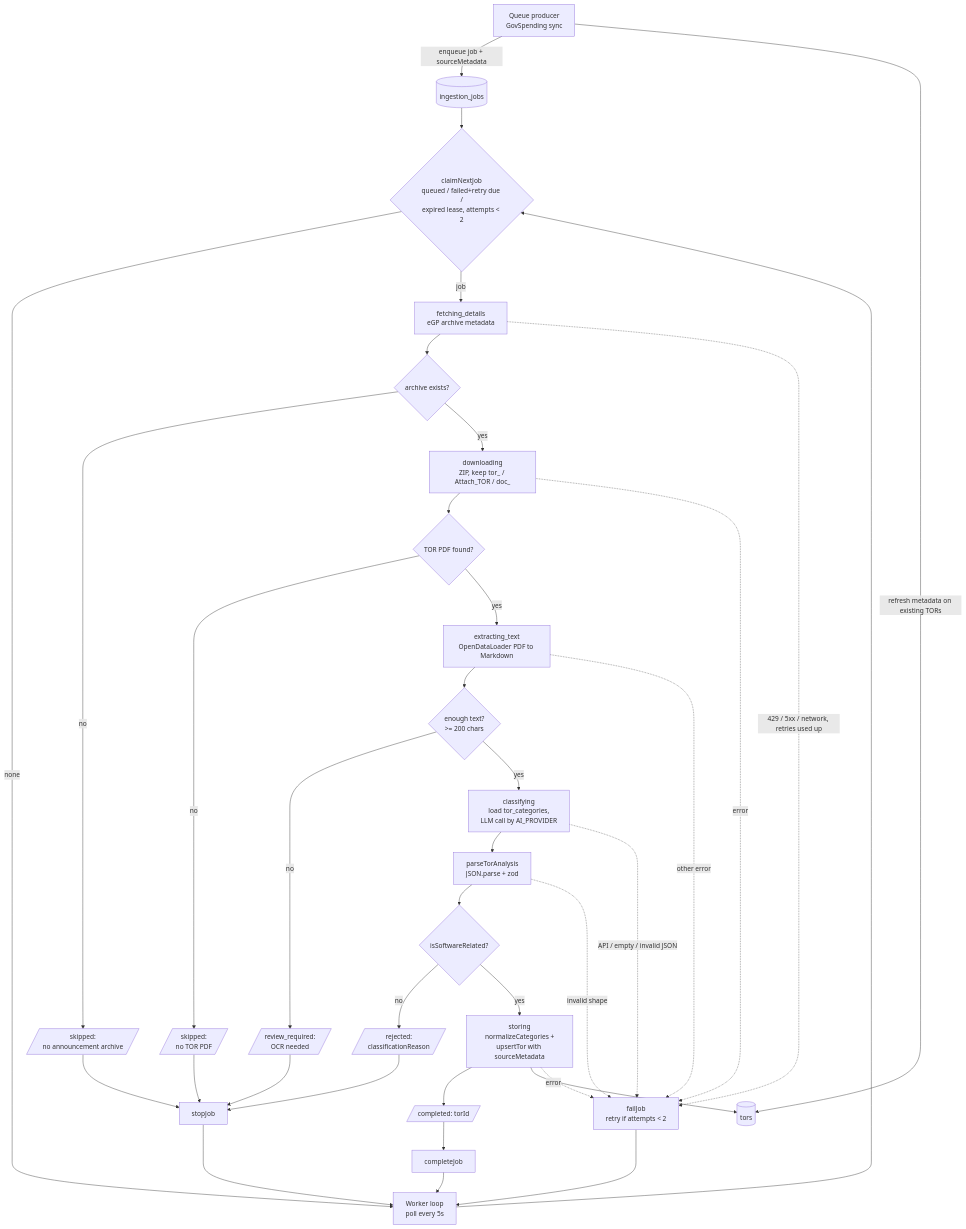
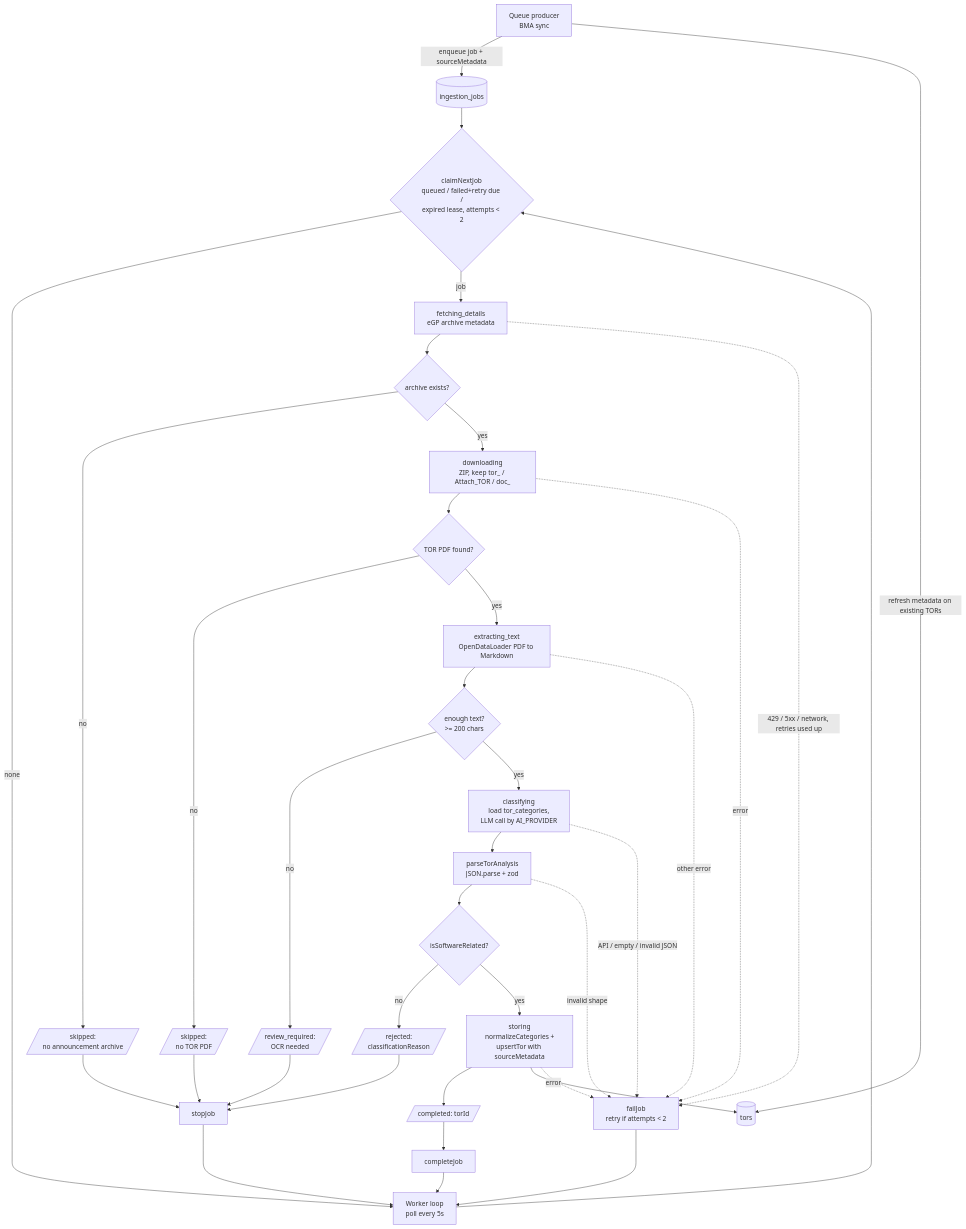
One commit to Doggo-CSP/TORPulse changed the first of 3 diagrams in docs/tor-extractor.md. Above: the diagram before and after it, drawn with Mermaid. The commit also changed other lines of this file and 24 other files, not shown here.

````diff
--- a/docs/tor-extractor.md
+++ b/docs/tor-extractor.md
@@ -88,39 +87,39 @@
 ```mermaid
 flowchart TD
-    P[Queue producer<br/>GovSpending sync] -->|enqueue job + sourceMetadata| Q[(ingestion_jobs)]
+    P[Queue producer<br/>BMA sync] -->|enqueue job + sourceMetadata| Q[(ingestion_jobs)]
     P -->|refresh metadata on existing TORs| T[(tors)]
 
     A[Worker loop<br/>poll every 5s] --> B{claimNextJob<br/>queued / failed+retry due /<br/>expired lease, attempts < 2}
     Q --> B
     B -- none --> A
     B -- job --> C[fetching_details<br/>eGP archive metadata]
     C --> C1{archive exists?}
     C1 -- no --> S1[/skipped:<br/>no announcement archive/]
     C1 -- yes --> D[downloading<br/>ZIP, keep tor_ / Attach_TOR / doc_]
     D --> D1{TOR PDF found?}
     D1 -- no --> S2[/skipped:<br/>no TOR PDF/]
     D1 -- yes --> F[extracting_text<br/>OpenDataLoader PDF to Markdown]
     F --> G{enough text?<br/>>= 200 chars}
     G -- no --> R2[/review_required:<br/>OCR needed/]
     G -- yes --> H[classifying<br/>load tor_categories,<br/>LLM call by AI_PROVIDER]
     H --> I[parseTorAnalysis<br/>JSON.parse + zod]
     I --> J{isSoftwareRelated?}
     J -- no --> X[/rejected:<br/>classificationReason/]
     J -- yes --> K[storing<br/>normalizeCategories +<br/>upsertTor with sourceMetadata]
     K --> L[/completed: torId/]
     K --> T
 
     C -. 429 / 5xx / network, retries used up .-> Z
     D -. error .-> Z
     F -. other error .-> Z
     H -. API / empty / invalid JSON .-> Z
     I -. invalid shape .-> Z
     K -. error .-> Z
     Z[failJob<br/>retry if attempts < 2] --> A
 
     S1 --> S[stopJob] --> A
     S2 --> S
     R2 --> S
     X --> S
     L --> M[completeJob] --> A
 ```
````
